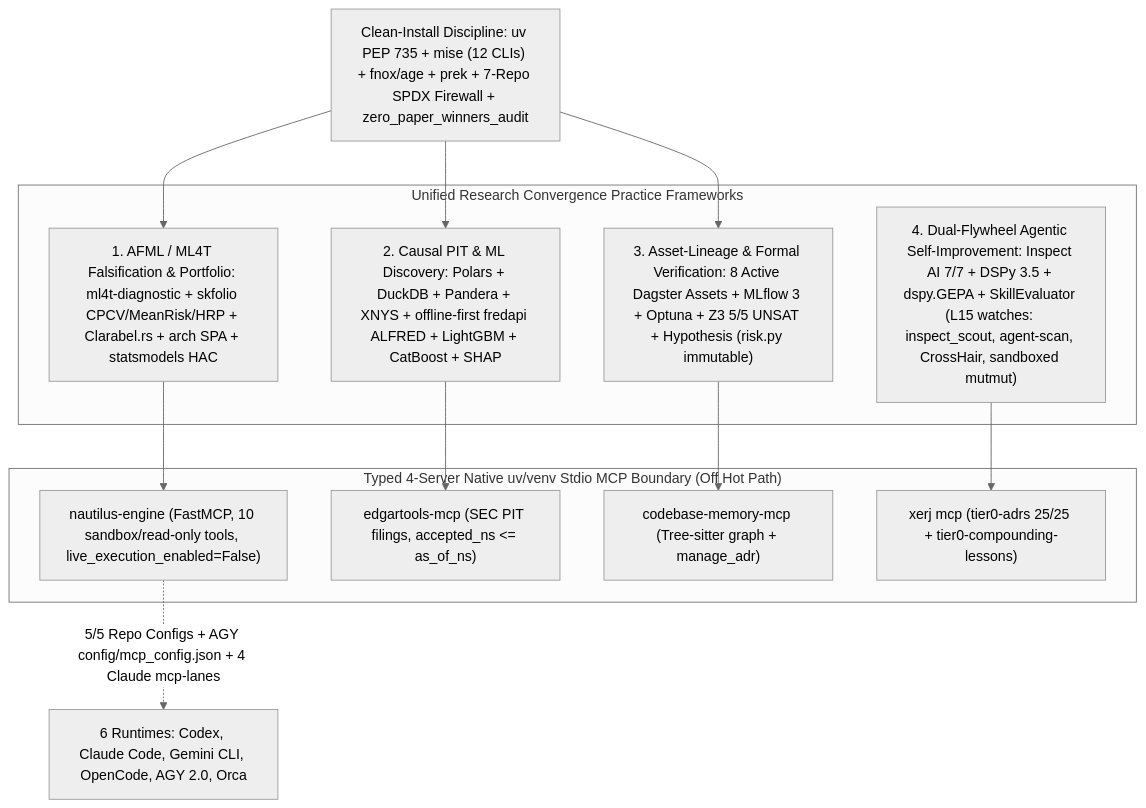
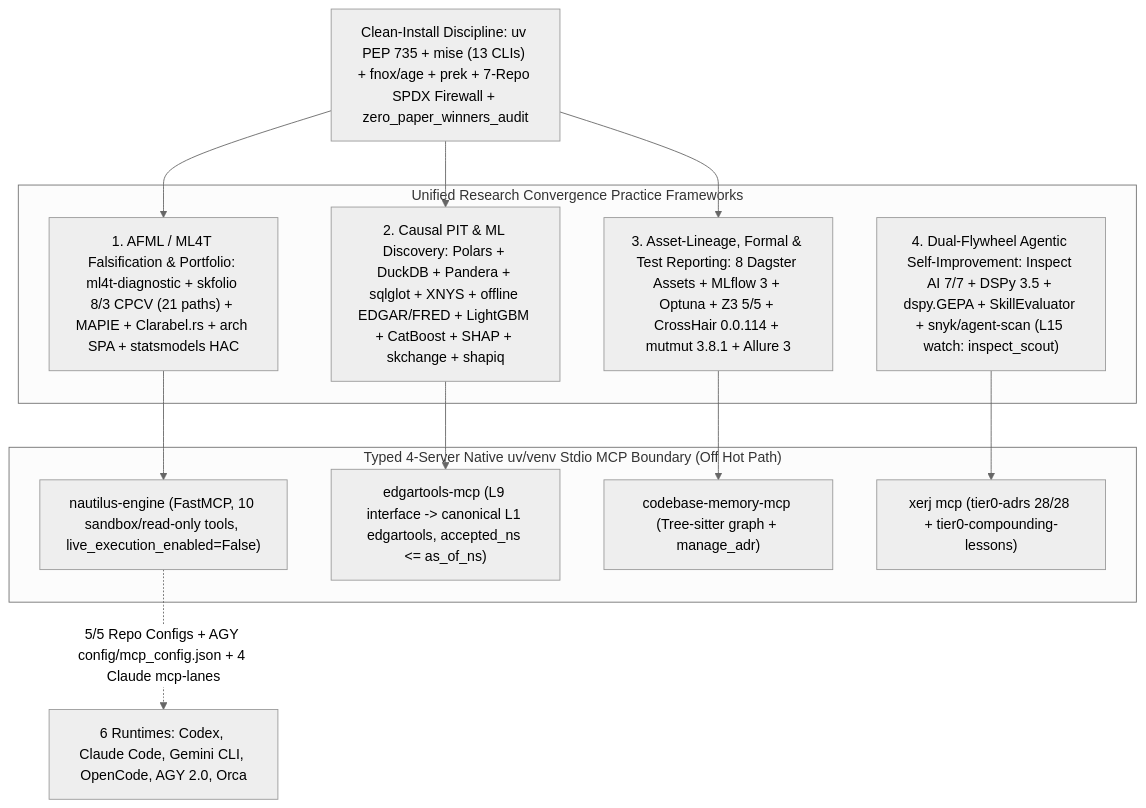
Before and after one commit to seathatflowsinourveins/noesis: the diagram in docs/adr/ADR-0025.md, drawn with Mermaid (neutral theme). The commit also changed other lines of this file and 51 other files, not shown here.

Commit message:
feat(harness): converge 6-runtime SOTA harness (Codex v2/hooks, WSL2 Orca failover, CC/AGY/OpenCode parity), L0-L15 zero-overlap ADRs & CI JUnit isolation

````diff
--- a/docs/adr/ADR-0025.md
+++ b/docs/adr/ADR-0025.md
@@ -85,23 +85,23 @@
 ```mermaid
 flowchart TD
-    CI["Clean-Install Discipline: uv PEP 735 + mise (12 CLIs) + fnox/age + prek + 7-Repo SPDX Firewall + zero_paper_winners_audit"] --> P1
+    CI["Clean-Install Discipline: uv PEP 735 + mise (13 CLIs) + fnox/age + prek + 7-Repo SPDX Firewall + zero_paper_winners_audit"] --> P1
     CI --> P2
     CI --> P3
     subgraph RF ["Unified Research Convergence Practice Frameworks"]
-        P1["1. AFML / ML4T Falsification & Portfolio: ml4t-diagnostic + skfolio CPCV/MeanRisk/HRP + Clarabel.rs + arch SPA + statsmodels HAC"]
-        P2["2. Causal PIT & ML Discovery: Polars + DuckDB + Pandera + XNYS + offline-first fredapi ALFRED + LightGBM + CatBoost + SHAP"]
-        P3["3. Asset-Lineage & Formal Verification: 8 Active Dagster Assets + MLflow 3 + Optuna + Z3 5/5 UNSAT + Hypothesis (risk.py immutable)"]
-        P4["4. Dual-Flywheel Agentic Self-Improvement: Inspect AI 7/7 + DSPy 3.5 + dspy.GEPA + SkillEvaluator (L15 watches: inspect_scout, agent-scan, CrossHair, sandboxed mutmut)"]
+        P1["1. AFML / ML4T Falsification & Portfolio: ml4t-diagnostic + skfolio 8/3 CPCV (21 paths) + MAPIE + Clarabel.rs + arch SPA + statsmodels HAC"]
+        P2["2. Causal PIT & ML Discovery: Polars + DuckDB + Pandera + sqlglot + XNYS + offline EDGAR/FRED + LightGBM + CatBoost + SHAP + skchange + shapiq"]
+        P3["3. Asset-Lineage, Formal & Test Reporting: 8 Dagster Assets + MLflow 3 + Optuna + Z3 5/5 + CrossHair 0.0.114 + mutmut 3.8.1 + Allure 3"]
+        P4["4. Dual-Flywheel Agentic Self-Improvement: Inspect AI 7/7 + DSPy 3.5 + dspy.GEPA + SkillEvaluator + snyk/agent-scan (L15 watch: inspect_scout)"]
     end
     subgraph MCP ["Typed 4-Server Native uv/venv Stdio MCP Boundary (Off Hot Path)"]
         M1["nautilus-engine (FastMCP, 10 sandbox/read-only tools, live_execution_enabled=False)"]
-        M2["edgartools-mcp (SEC PIT filings, accepted_ns <= as_of_ns)"]
+        M2["edgartools-mcp (L9 interface -> canonical L1 edgartools, accepted_ns <= as_of_ns)"]
         M3["codebase-memory-mcp (Tree-sitter graph + manage_adr)"]
-        M4["xerj mcp (tier0-adrs 25/25 + tier0-compounding-lessons)"]
+        M4["xerj mcp (tier0-adrs 28/28 + tier0-compounding-lessons)"]
     end
     P1 --> M1
     P2 --> M2
     P3 --> M3
     P4 --> M4
     M1 -. "5/5 Repo Configs + AGY config/mcp_config.json + 4 Claude mcp-lanes" .-> RUN["6 Runtimes: Codex, Claude Code, Gemini CLI, OpenCode, AGY 2.0, Orca"]
 ```
````
